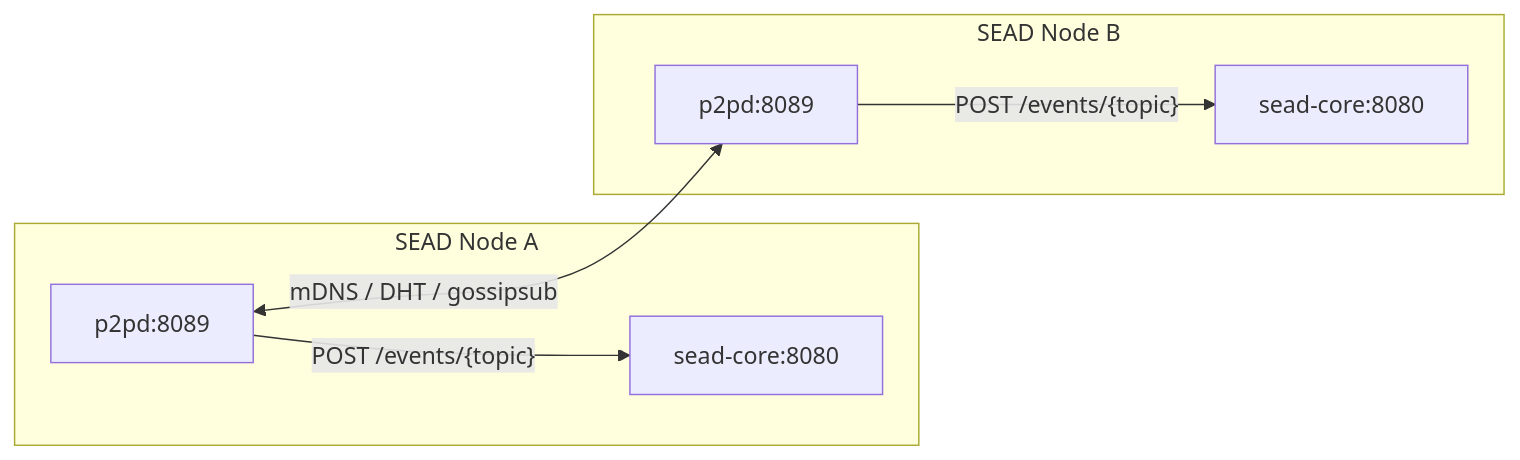
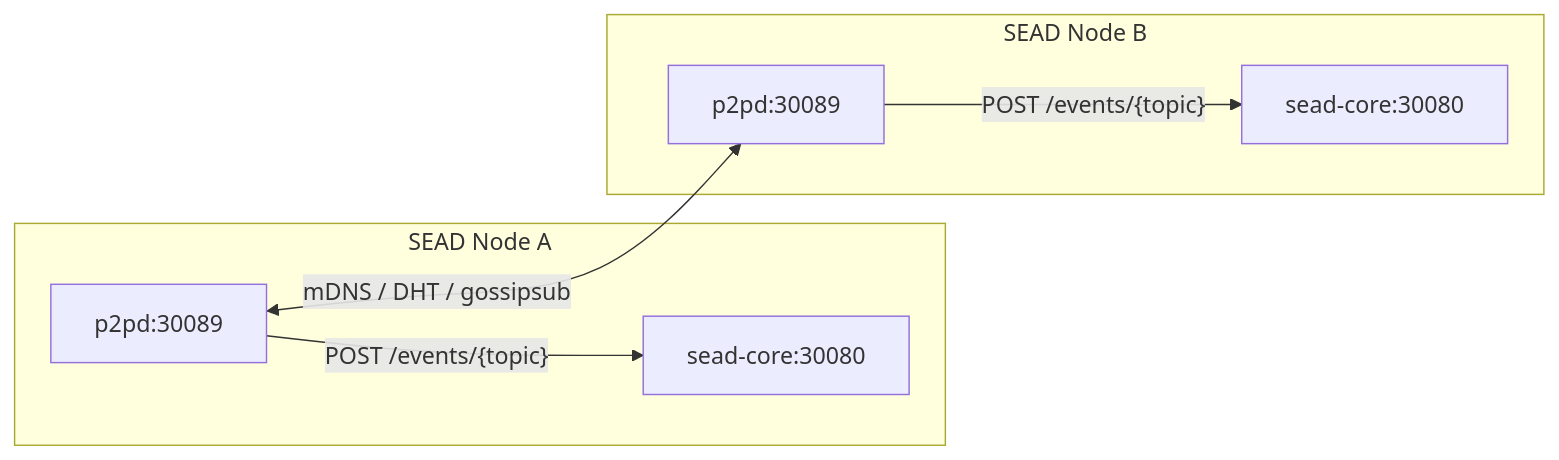
Before and after one commit to Stardome-technology/stardome-sead-p2p: the diagram in README.md, drawn with Mermaid. The commit also changed other lines of this file and 1 other file, not shown here.

````diff
--- a/README.md
+++ b/README.md
@@ -9,16 +9,16 @@
 ```mermaid
 graph LR
     subgraph "SEAD Node A"
-        SC_A[sead-core:8080]
-        P2P_A[p2pd:8089]
+        SC_A[sead-core:30080]
+        P2P_A[p2pd:30089]
     end
 
     subgraph "SEAD Node B"
-        SC_B[sead-core:8080]
-        P2P_B[p2pd:8089]
+        SC_B[sead-core:30080]
+        P2P_B[p2pd:30089]
     end
 
     P2P_A <-->|mDNS / DHT / gossipsub| P2P_B
     P2P_A -->|"POST /events/{topic}"| SC_A
     P2P_B -->|"POST /events/{topic}"| SC_B
 ```
````
